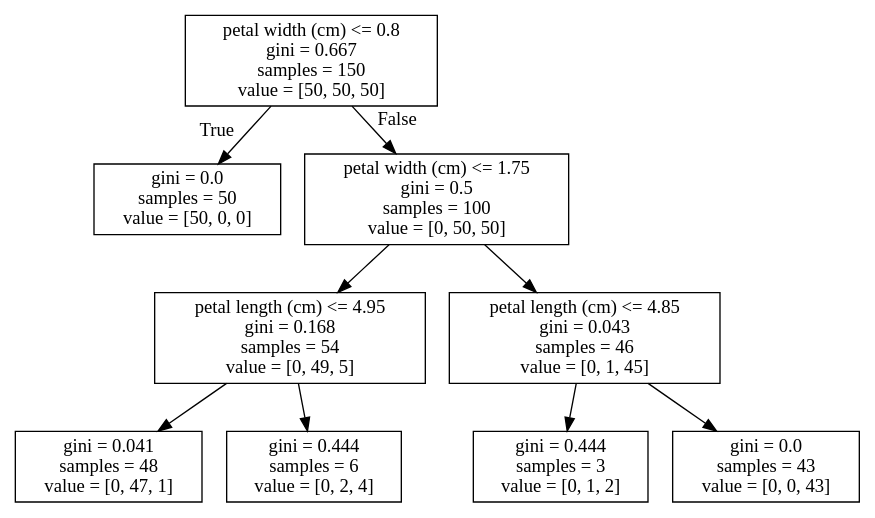
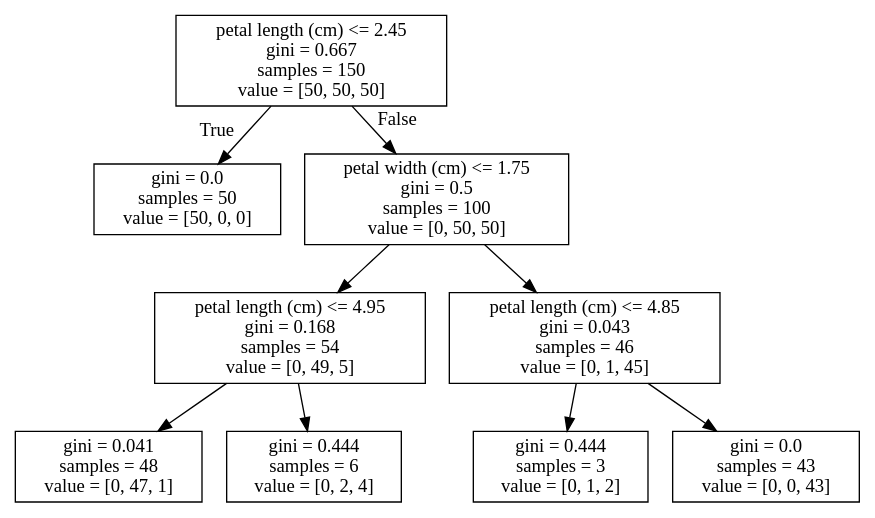
The diagram in 6장 실습/dec_tree_for_iris.dot (shinjangwoon/idu-practice), drawn with Graphviz before and after one commit. The commit also changed 3 other files, not shown here.

```diff
--- a/6장 실습/dec_tree_for_iris.dot
+++ b/6장 실습/dec_tree_for_iris.dot
@@ -1,20 +1,20 @@
 digraph Tree {
 node [shape=box] ;
-0 [label="petal width (cm) <= 0.8\ngini = 0.667\nsamples = 150\nvalue = [50, 50, 50]"] ;
+0 [label="petal length (cm) <= 2.45\ngini = 0.667\nsamples = 150\nvalue = [50, 50, 50]"] ;
 1 [label="gini = 0.0\nsamples = 50\nvalue = [50, 0, 0]"] ;
 0 -> 1 [labeldistance=2.5, labelangle=45, headlabel="True"] ;
 2 [label="petal width (cm) <= 1.75\ngini = 0.5\nsamples = 100\nvalue = [0, 50, 50]"] ;
 0 -> 2 [labeldistance=2.5, labelangle=-45, headlabel="False"] ;
 3 [label="petal length (cm) <= 4.95\ngini = 0.168\nsamples = 54\nvalue = [0, 49, 5]"] ;
 2 -> 3 ;
 4 [label="gini = 0.041\nsamples = 48\nvalue = [0, 47, 1]"] ;
 3 -> 4 ;
 5 [label="gini = 0.444\nsamples = 6\nvalue = [0, 2, 4]"] ;
 3 -> 5 ;
 6 [label="petal length (cm) <= 4.85\ngini = 0.043\nsamples = 46\nvalue = [0, 1, 45]"] ;
 2 -> 6 ;
 7 [label="gini = 0.444\nsamples = 3\nvalue = [0, 1, 2]"] ;
 6 -> 7 ;
 8 [label="gini = 0.0\nsamples = 43\nvalue = [0, 0, 43]"] ;
 6 -> 8 ;
 }
```
